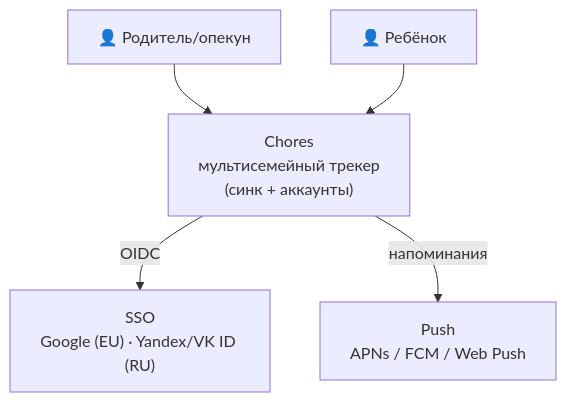
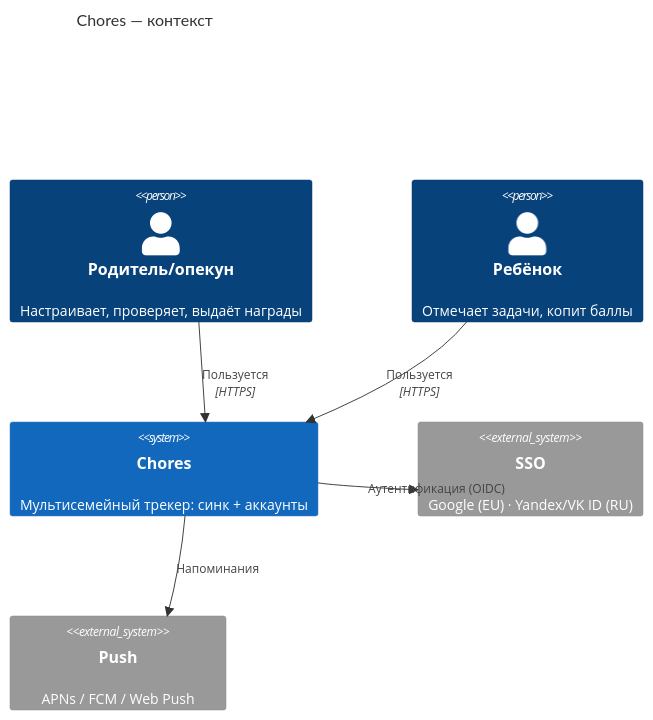
Before and after one commit to SiritosKon/kids-chores: the first of 3 diagrams in research/02-backend-architecture.md, drawn with Mermaid. The commit also changed other lines of this file, not shown here.

First line of the commit message:
docs(research): restore C4 diagrams, add actor→client rels, tune layout

````diff
--- a/research/02-backend-architecture.md
+++ b/research/02-backend-architecture.md
@@ -65,12 +65,14 @@
 ```mermaid
-flowchart TB
-  parent["👤 Родитель/опекун"]
-  child["👤 Ребёнок"]
-  app["Chores<br/>мультисемейный трекер<br/>(синк + аккаунты)"]
-  idp["SSO<br/>Google (EU) · Yandex/VK ID (RU)"]
-  push["Push<br/>APNs / FCM / Web Push"]
-  parent --> app
-  child --> app
-  app -->|OIDC| idp
-  app -->|напоминания| push
+C4Context
+  title Chores — контекст
+  Person(parent, "Родитель/опекун", "Настраивает, проверяет, выдаёт награды")
+  Person(child, "Ребёнок", "Отмечает задачи, копит баллы")
+  System(app, "Chores", "Мультисемейный трекер: синк + аккаунты")
+  System_Ext(idp, "SSO", "Google (EU) · Yandex/VK ID (RU)")
+  System_Ext(push, "Push", "APNs / FCM / Web Push")
+  Rel(parent, app, "Пользуется", "HTTPS")
+  Rel(child, app, "Пользуется", "HTTPS")
+  Rel_D(app, idp, "Аутентификация (OIDC)")
+  Rel_D(app, push, "Напоминания")
+  UpdateLayoutConfig($c4ShapeInRow="2", $c4BoundaryInRow="1")
 ```
````
